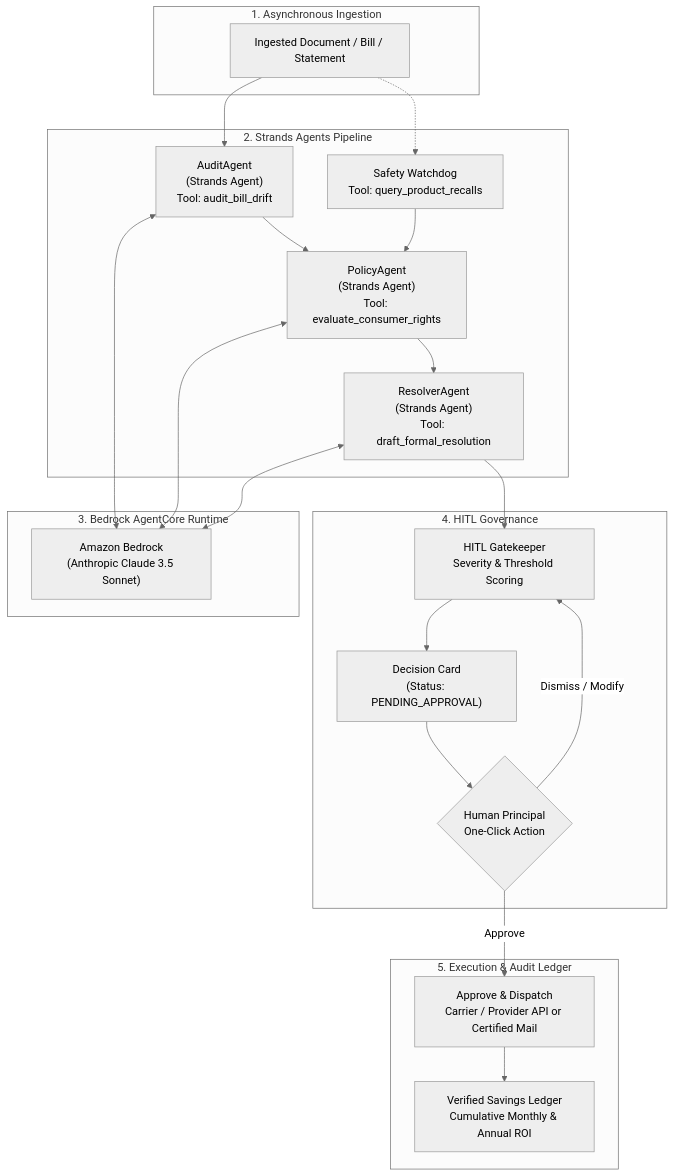
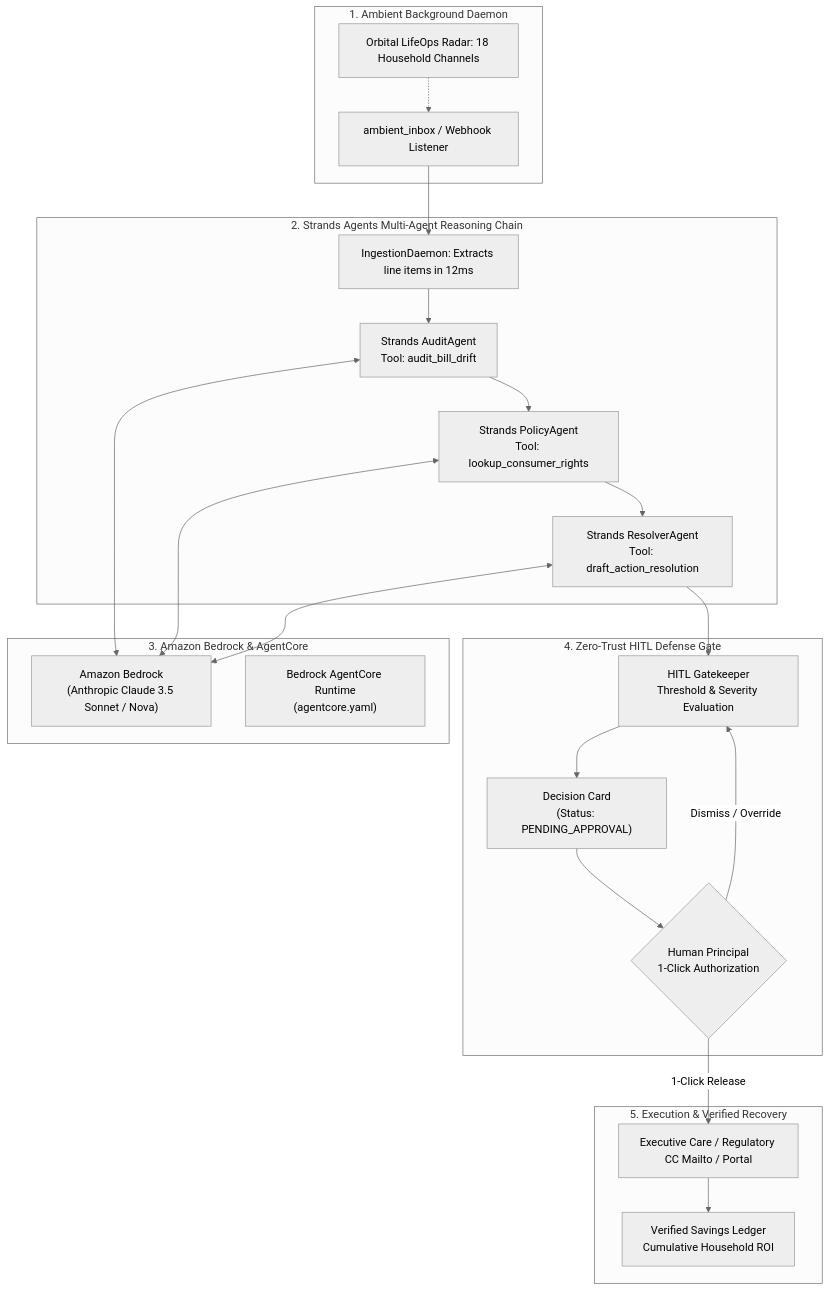
Before and after one commit to Arnab758/Lifeguard-AI: the diagram in docs/BUILDER_AWS_BLOG.md, drawn with Mermaid (neutral theme). The commit also changed other lines of this file, not shown here.

````diff
--- a/docs/BUILDER_AWS_BLOG.md
+++ b/docs/BUILDER_AWS_BLOG.md
@@ -28,44 +28,46 @@
 ```mermaid
 flowchart TD
-    subgraph Ingestion ["1. Asynchronous Ingestion"]
-        Doc[Ingested Document / Bill / Statement]
+    subgraph AmbientDaemon ["1. Ambient Background Daemon"]
+        Inbox[ambient_inbox / Webhook Listener]
+        Radar[Orbital LifeOps Radar: 18 Household Channels]
     end
 
-    subgraph StrandsPipeline ["2. Strands Agents Pipeline"]
-        AA["AuditAgent\n(Strands Agent)\nTool: audit_bill_drift"]
-        PA["PolicyAgent\n(Strands Agent)\nTool: evaluate_consumer_rights"]
-        RA["ResolverAgent\n(Strands Agent)\nTool: draft_formal_resolution"]
-        RC["Safety Watchdog\nTool: query_product_recalls"]
+    subgraph StrandsPipeline ["2. Strands Agents Multi-Agent Reasoning Chain"]
+        ID[IngestionDaemon: Extracts line items in 12ms]
+        AA["Strands AuditAgent\nTool: audit_bill_drift"]
+        PA["Strands PolicyAgent\nTool: lookup_consumer_rights"]
+        RA["Strands ResolverAgent\nTool: draft_action_resolution"]
     end
 
-    subgraph Bedrock ["3. Bedrock AgentCore Runtime"]
-        BedrockLLM["Amazon Bedrock\n(Anthropic Claude 3.5 Sonnet)"]
+    subgraph Bedrock ["3. Amazon Bedrock & AgentCore"]
+        BedrockLLM["Amazon Bedrock\n(Anthropic Claude 3.5 Sonnet / Nova)"]
+        AgentCore["Bedrock AgentCore Runtime\n(agentcore.yaml)"]
     end
 
-    subgraph Governance ["4. HITL Governance"]
-        GK["HITL Gatekeeper\nSeverity & Threshold Scoring"]
+    subgraph Governance ["4. Zero-Trust HITL Defense Gate"]
+        Gatekeeper["HITL Gatekeeper\nThreshold & Severity Evaluation"]
         Card["Decision Card\n(Status: PENDING_APPROVAL)"]
-        Human{Human Principal\nOne-Click Action}
+        Human{Human Principal\n1-Click Authorization}
     end
 
-    subgraph Resolution ["5. Execution & Audit Ledger"]
-        Approve["Approve & Dispatch\nCarrier / Provider API or Certified Mail"]
-        Ledger["Verified Savings Ledger\nCumulative Monthly & Annual ROI"]
+    subgraph Resolution ["5. Execution & Verified Recovery"]
+        Dispatch["Executive Care / Regulatory CC Mailto / Portal"]
+        Ledger["Verified Savings Ledger\nCumulative Household ROI"]
     end
 
-    Doc --> AA
+    Inbox --> ID
+    Radar -.-> Inbox
+    ID --> AA
     AA <--> BedrockLLM
     AA --> PA
     PA <--> BedrockLLM
     PA --> RA
     RA <--> BedrockLLM
-    Doc -.-> RC
-    RC --> PA
 
-    RA --> GK
-    GK --> Card
+    RA --> Gatekeeper
+    Gatekeeper --> Card
     Card --> Human
-    Human -->|Approve| Approve
-    Approve --> Ledger
-    Human -->|Dismiss / Modify| GK
+    Human -->|1-Click Release| Dispatch
+    Dispatch --> Ledger
+    Human -->|Dismiss / Override| Gatekeeper
 ```
````
